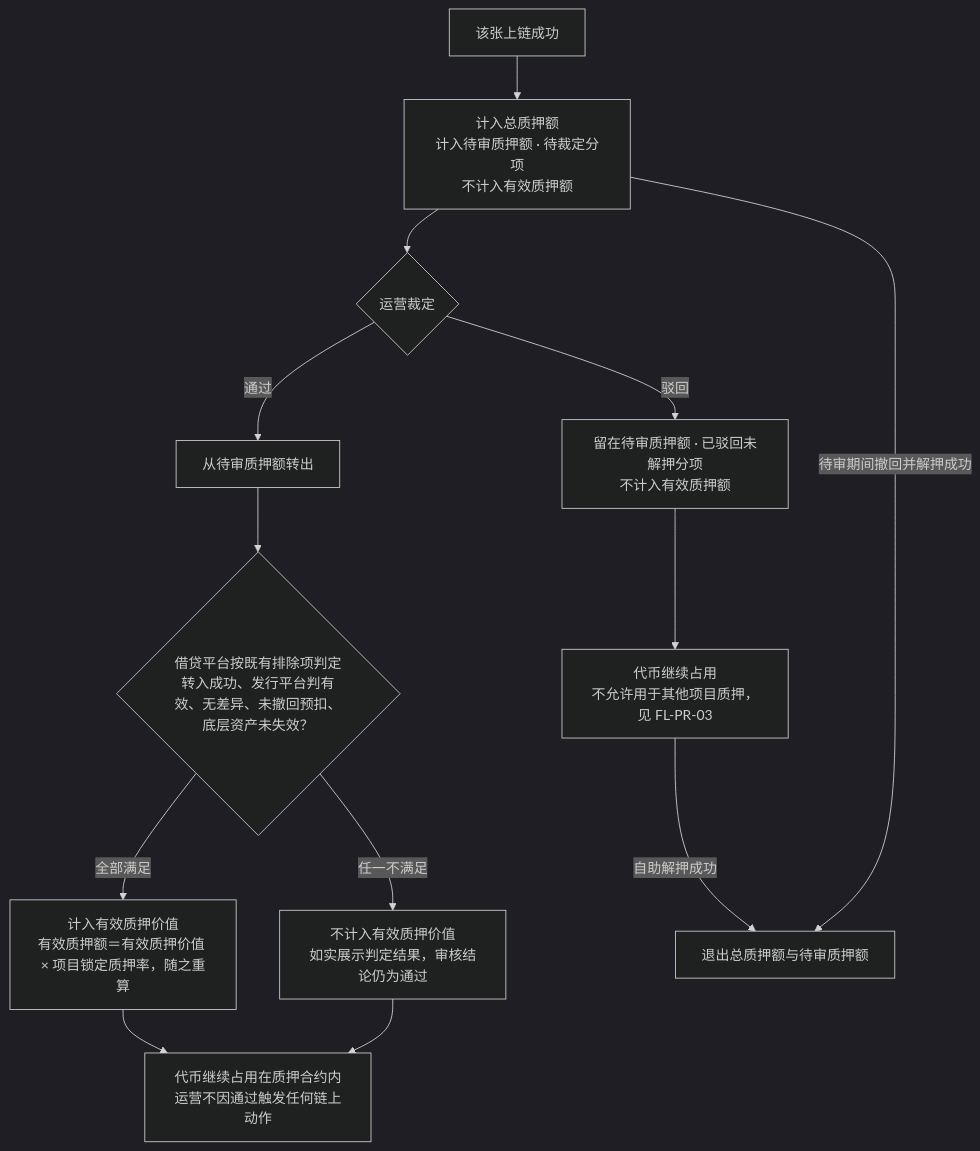
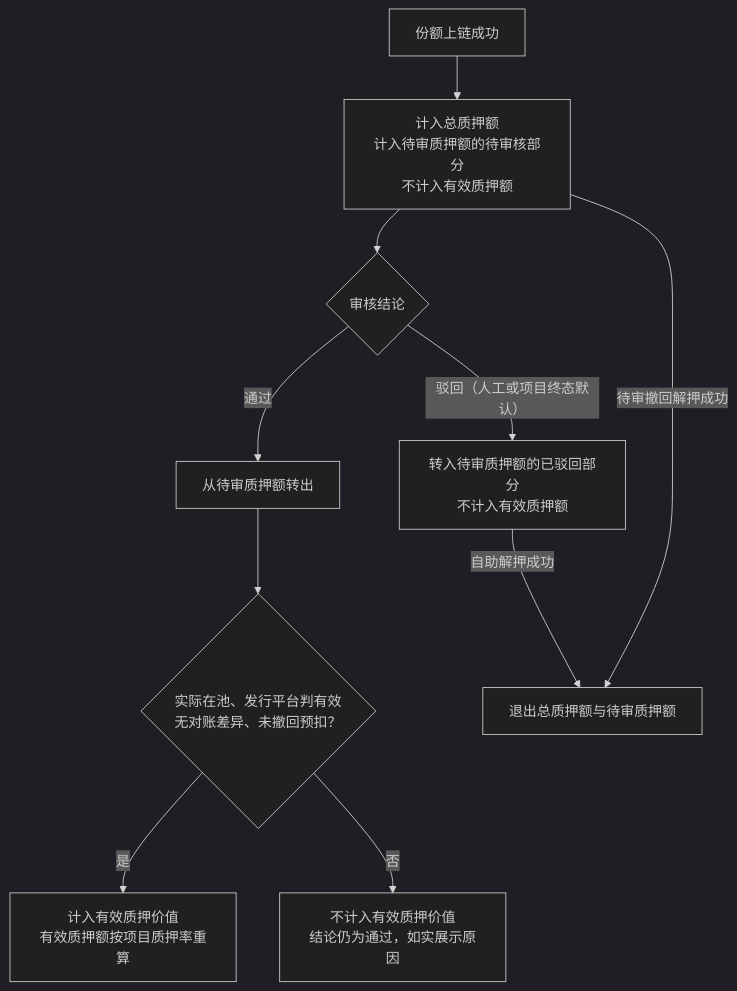
Before and after one commit to wxblockchain/Chain-Financing: the second of 5 diagrams in lending-platform/PRD/运营端/06-代币质押审核/02-代币质押审核-流程图与状态机.md, drawn with Mermaid (dark theme). The commit also changed other lines of this file and 5 other files, not shown here.

````diff
--- a/lending-platform/PRD/运营端/06-代币质押审核/02-代币质押审核-流程图与状态机.md
+++ b/lending-platform/PRD/运营端/06-代币质押审核/02-代币质押审核-流程图与状态机.md
@@ -70,15 +52,12 @@
 ```mermaid
 flowchart TD
-  A["该张上链成功"] --> B["计入总质押额<br/>计入待审质押额 · 待裁定分项<br/>不计入有效质押额"]
-  B --> C{"运营裁定"}
+  A["份额上链成功"] --> B["计入总质押额<br/>计入待审质押额的待审核部分<br/>不计入有效质押额"]
+  B --> C{"审核结论"}
   C -- "通过" --> D["从待审质押额转出"]
-  D --> E{"借贷平台按既有排除项判定<br/>转入成功、发行平台判有效、无差异、未撤回预扣、底层资产未失效？"}
-  E -- "全部满足" --> F["计入有效质押价值<br/>有效质押额＝有效质押价值 × 项目锁定质押率，随之重算"]
-  E -- "任一不满足" --> G["不计入有效质押价值<br/>如实展示判定结果，审核结论仍为通过"]
-  C -- "驳回" --> H["留在待审质押额 · 已驳回未解押分项<br/>不计入有效质押额"]
-  F --> I["代币继续占用在质押合约内<br/>运营不因通过触发任何链上动作"]
-  G --> I
-  H --> J["代币继续占用<br/>不允许用于其他项目质押，见 FL-PR-03"]
-  B -- "待审期间撤回并解押成功" --> K["退出总质押额与待审质押额"]
-  J -- "自助解押成功" --> K
+  D --> E{"实际在池、发行平台判有效<br/>无对账差异、未撤回预扣？"}
+  E -- "是" --> F["计入有效质押价值<br/>有效质押额按项目质押率重算"]
+  E -- "否" --> G["不计入有效质押价值<br/>结论仍为通过，如实展示原因"]
+  C -- "驳回（人工或项目终态默认）" --> H["转入待审质押额的已驳回部分<br/>不计入有效质押额"]
+  B -- "待审撤回解押成功" --> K["退出总质押额与待审质押额"]
+  H -- "自助解押成功" --> K
 ```
````
